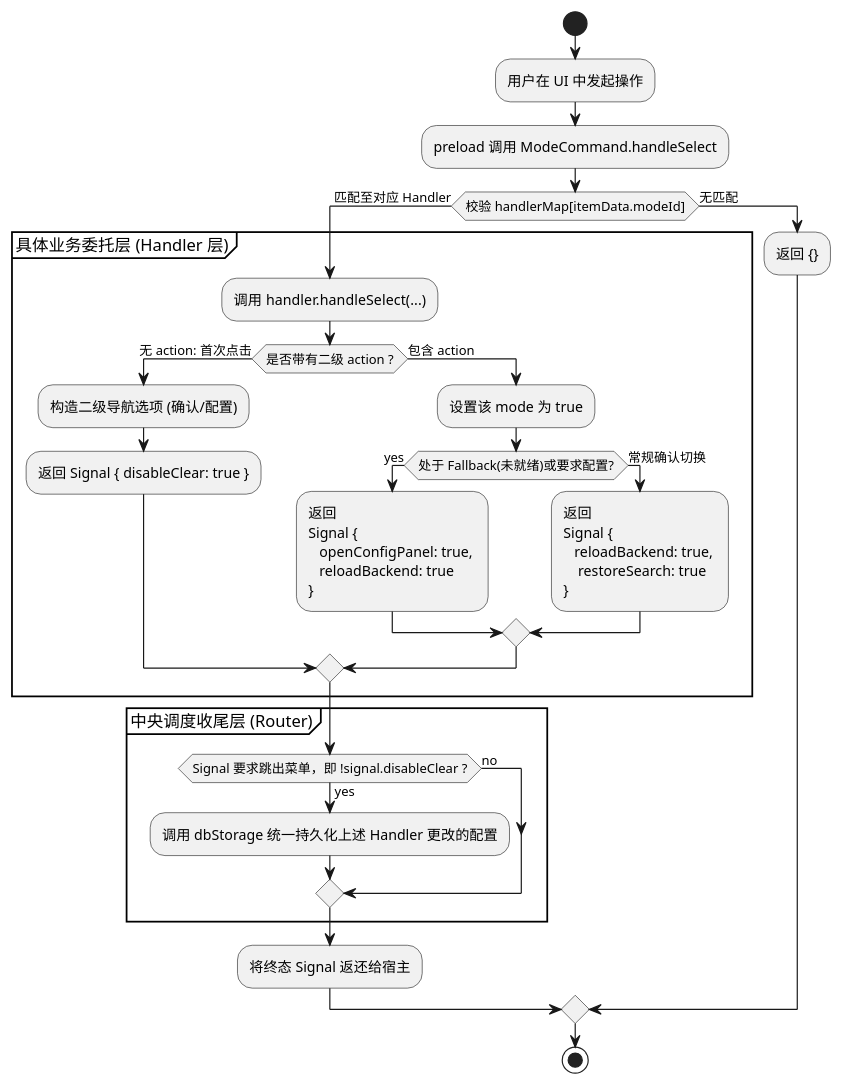
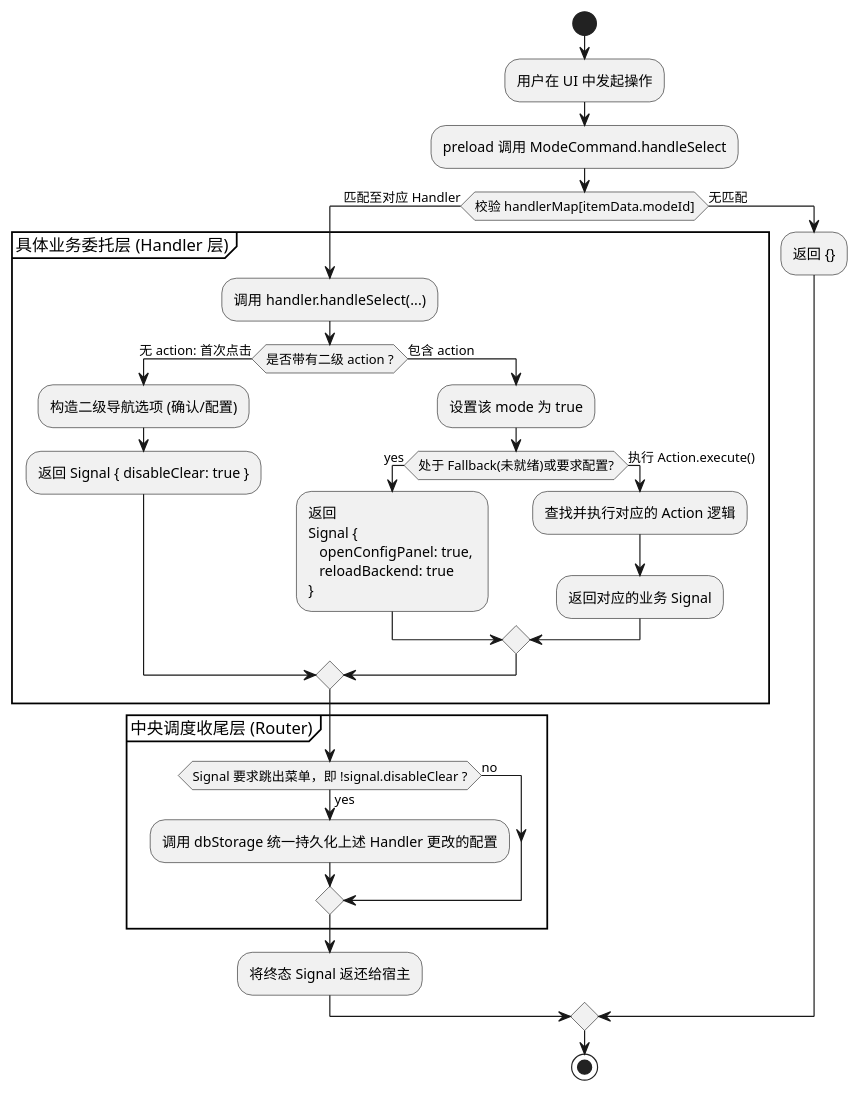
Before and after one commit to zhougy0717/utools_local_translate: the second of 2 diagrams in doc/spec/spec-00044-mode-command-refactoring.md, drawn with PlantUML. The commit also changed other lines of this file, not shown here.

````diff
--- a/doc/spec/spec-00044-mode-command-refactoring.md
+++ b/doc/spec/spec-00044-mode-command-refactoring.md
@@ -91,41 +113,42 @@
 ```plantuml
 @startuml
 skinparam handwritten false
 skinparam monochrome true
 skinparam DefaultFontName sans-serif
 
 start
 :用户在 UI 中发起操作;
 :preload 调用 ModeCommand.handleSelect;
 
 if (校验 handlerMap[itemData.modeId]) then (匹配至对应 Handler)
   partition "具体业务委托层 (Handler 层)" {
     :调用 handler.handleSelect(...);
     
     if (是否带有二级 action ?) then (无 action: 首次点击)
       :构造二级导航选项 (确认/配置);
       :返回 Signal { disableClear: true };
     else (包含 action)
       :设置该 mode 为 true;
       if (处于 Fallback(未就绪)或要求配置?) then (yes)
         :返回 \nSignal {\n   openConfigPanel: true, \n   reloadBackend: true \n};
-      else (常规确认切换)
-        :返回 \nSignal {\n   reloadBackend: true, \n    restoreSearch: true \n};
+      else (执行 Action.execute())
+        :查找并执行对应的 Action 逻辑;
+        :返回对应的业务 Signal;
       endif
     endif
   }
 
   partition "中央调度收尾层 (Router)" {
     if (Signal 要求跳出菜单，即 !signal.disableClear ?) then (yes)
       :调用 dbStorage 统一持久化上述 Handler 更改的配置;
     else (no)
     endif
   }
 
   :将终态 Signal 返还给宿主;
 else (无匹配)
   :返回 {};
 endif
 stop
 @enduml
 ```
````
